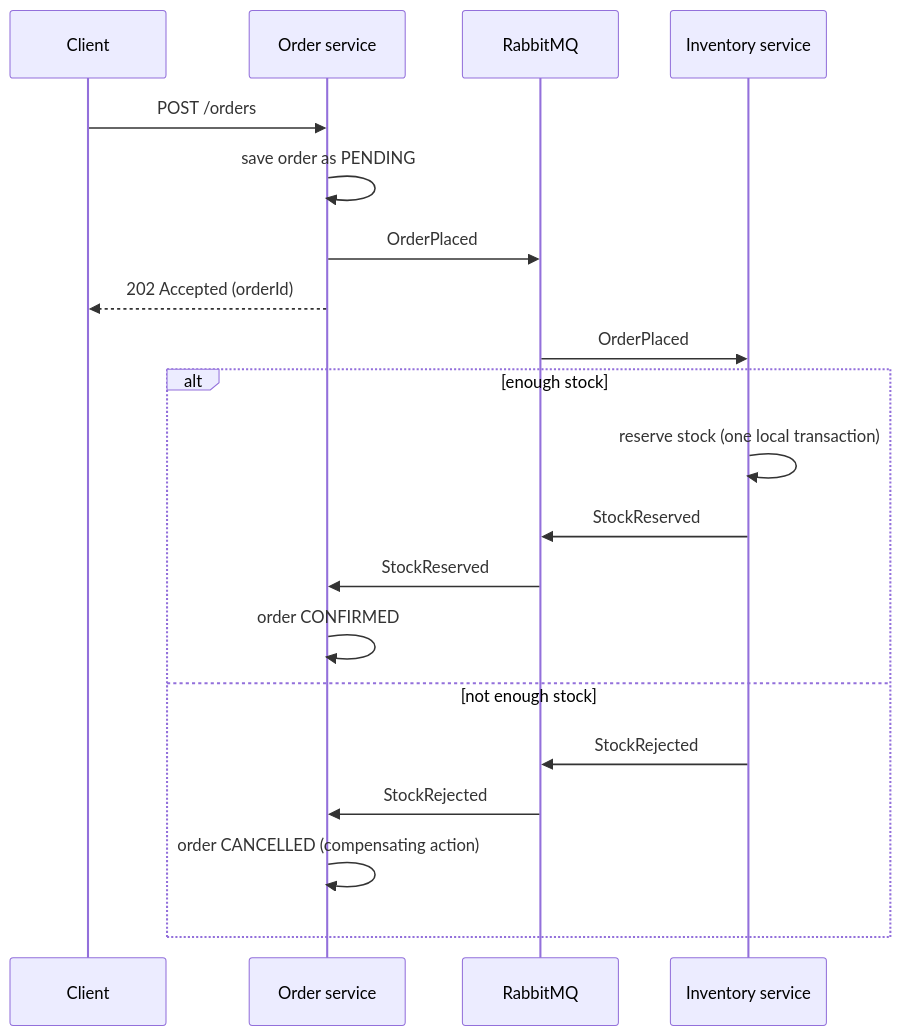
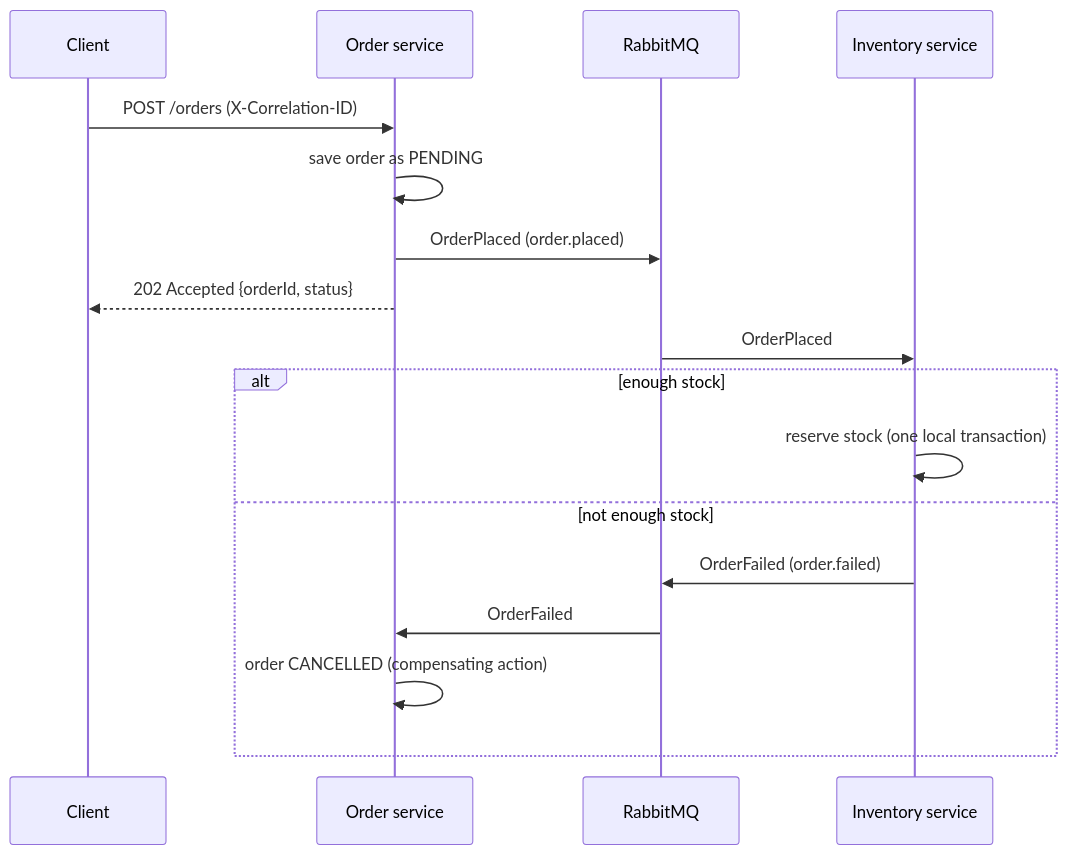
One commit to Melan-Parajuli7/Malta-Shop changed the diagram in README.md. Above: the diagram before and after it, drawn with Mermaid. The commit also changed other lines of this file and 1 other file, not shown here.

````diff
--- a/README.md
+++ b/README.md
@@ -16,23 +15,19 @@
 ```mermaid
 sequenceDiagram
     participant C as Client
     participant O as Order service
     participant B as RabbitMQ
     participant I as Inventory service
-
-    C->>O: POST /orders
+    C->>O: POST /orders (X-Correlation-ID)
     O->>O: save order as PENDING
-    O->>B: OrderPlaced
-    O-->>C: 202 Accepted (orderId)
+    O->>B: OrderPlaced (order.placed)
+    O-->>C: 202 Accepted {orderId, status}
     B->>I: OrderPlaced
     alt enough stock
         I->>I: reserve stock (one local transaction)
-        I->>B: StockReserved
-        B->>O: StockReserved
-        O->>O: order CONFIRMED
     else not enough stock
-        I->>B: StockRejected
-        B->>O: StockRejected
+        I->>B: OrderFailed (order.failed)
+        B->>O: OrderFailed
         O->>O: order CANCELLED (compensating action)
     end
 ```
````
